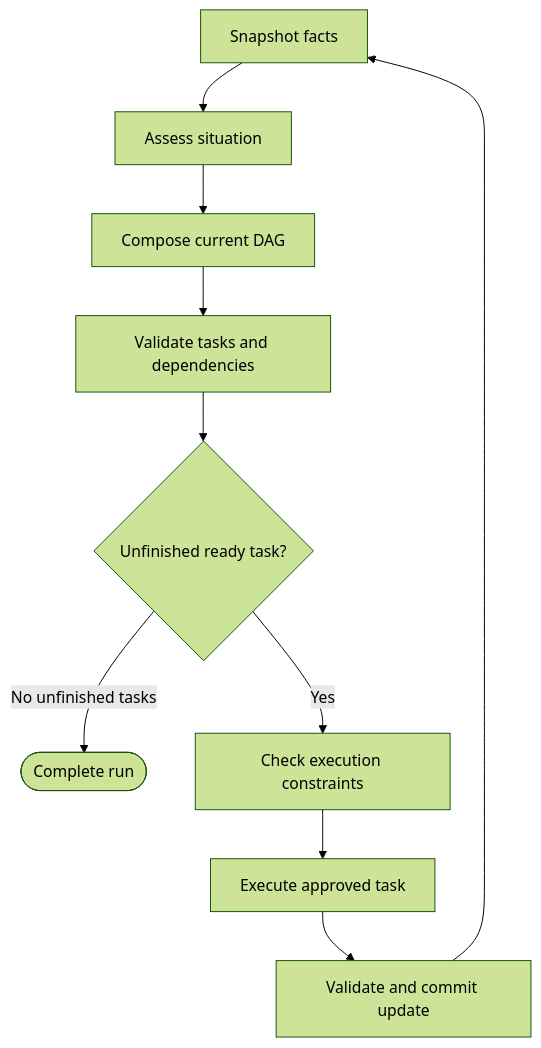
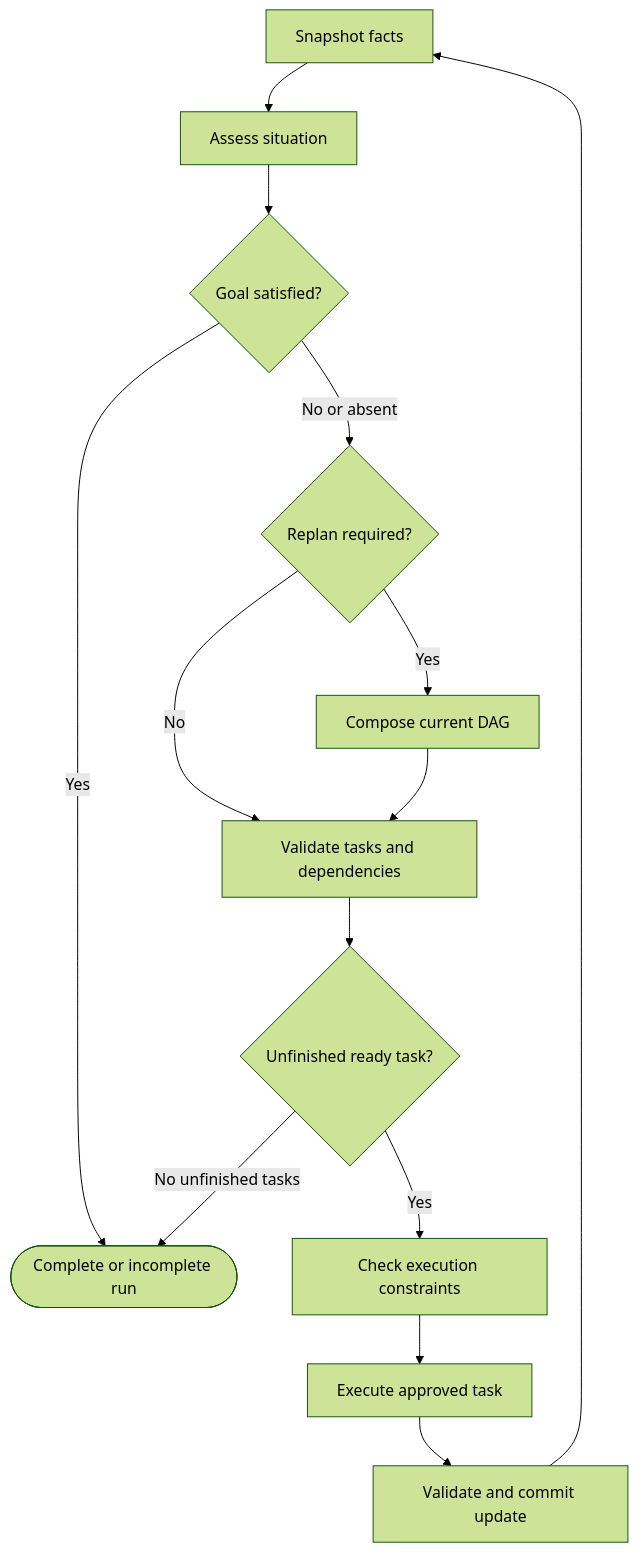
The diagram in docs/architecture.md (kai6589c-svg/DAOGraph), drawn with Mermaid (forest theme) before and after one commit. The commit also changed other lines of this file and 75 other files, not shown here.

````diff
--- a/docs/architecture.md
+++ b/docs/architecture.md
@@ -21,15 +21,19 @@
 ```mermaid
 flowchart TD
     accTitle: One adaptive execution iteration
     accDescr: The runtime assesses a facts snapshot, validates a proposed plan, selects a ready task, checks constraints, and atomically commits the task update before repeating.
 
     snapshot["Snapshot facts"] --> assess["Assess situation"]
-    assess --> compose["Compose current DAG"]
+    assess --> verify{"Goal satisfied?"}
+    verify -->|Yes| complete
+    verify -->|No or absent| adapt{"Replan required?"}
+    adapt -->|Yes| compose["Compose current DAG"]
+    adapt -->|No| validate
     compose --> validate["Validate tasks and dependencies"]
     validate --> ready{"Unfinished ready task?"}
-    ready -->|No unfinished tasks| complete(["Complete run"])
+    ready -->|No unfinished tasks| complete(["Complete or incomplete run"])
     ready -->|Yes| check["Check execution constraints"]
     check --> execute["Execute approved task"]
     execute --> commit["Validate and commit update"]
     commit --> snapshot
 ```
````
